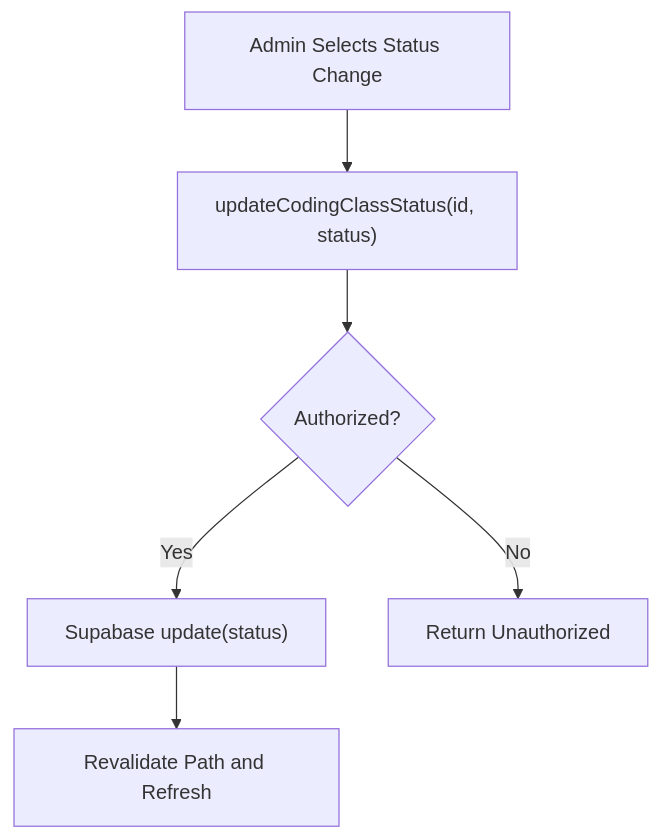
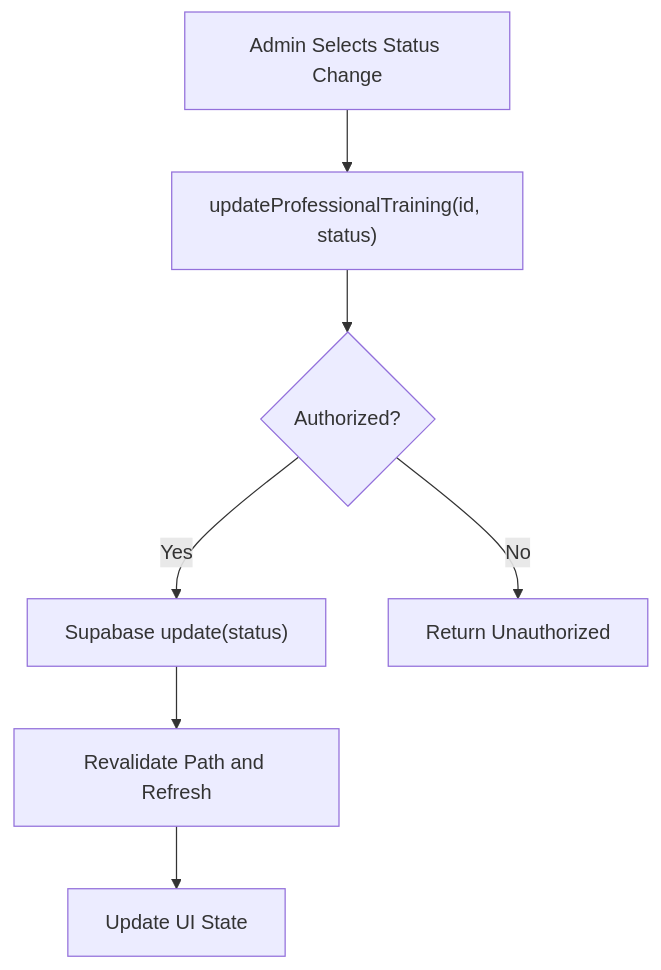
Before and after one commit to Black-box01/rhemaexpertsolutions: the seventh of 10 diagrams in .qoder/repowiki/en/content/Server Actions and Data Management/Server Actions and Data Management.md, drawn with Mermaid. The commit also changed other lines of this file and 22 other files, not shown here.

First line of the commit message:
feat(professional-trainings): add professional training registration system

````diff
--- a/.qoder/repowiki/en/content/Server Actions and Data Management/Server Actions and Data Management.md
+++ b/.qoder/repowiki/en/content/Server Actions and Data Management/Server Actions and Data Management.md
@@ -227,8 +291,9 @@
 ```mermaid
 flowchart TD
-A["Admin Selects Status Change"] --> B["updateCodingClassStatus(id, status)"]
+A["Admin Selects Status Change"] --> B["updateProfessionalTraining(id, status)"]
 B --> C{"Authorized?"}
 C --> |Yes| D["Supabase update(status)"]
 C --> |No| E["Return Unauthorized"]
 D --> F["Revalidate Path and Refresh"]
+F --> G["Update UI State"]
 ```
````
